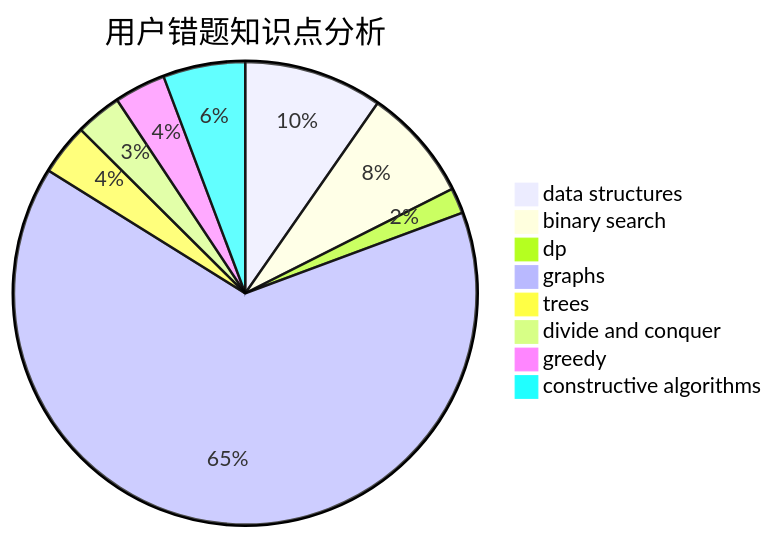
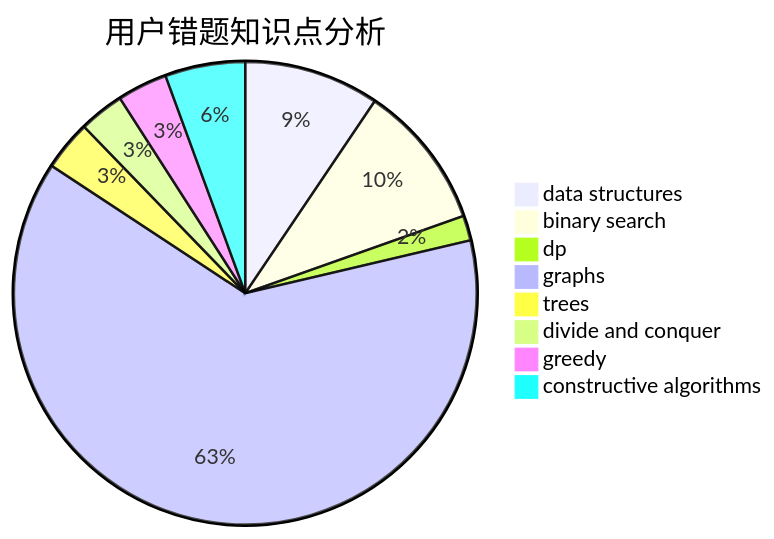
Before and after one commit to sherpahu/cfrs.github.io: the third of 3 diagrams in docs/user/u1709.md, drawn with Mermaid. The commit also changed other lines of this file and 2770 other files, not shown here.

````diff
--- a/docs/user/u1709.md
+++ b/docs/user/u1709.md
@@ -36,11 +36,11 @@
 ```mermaid
 pie title 用户错题知识点分析
     "data structures" :  27
-    "binary search" :  22
+    "binary search" :  29
     "dp" :  5
     "graphs" :  180
     "trees" :  10
     "divide and conquer" :  9
     "greedy" :  10
     "constructive algorithms" :  16
 ```
````
